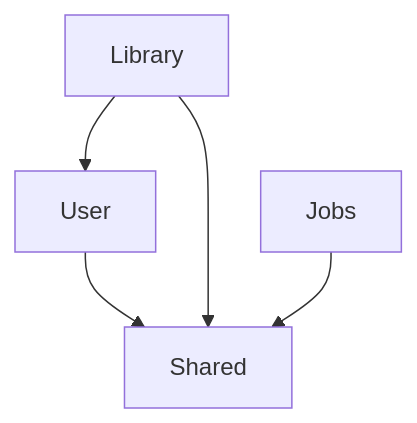
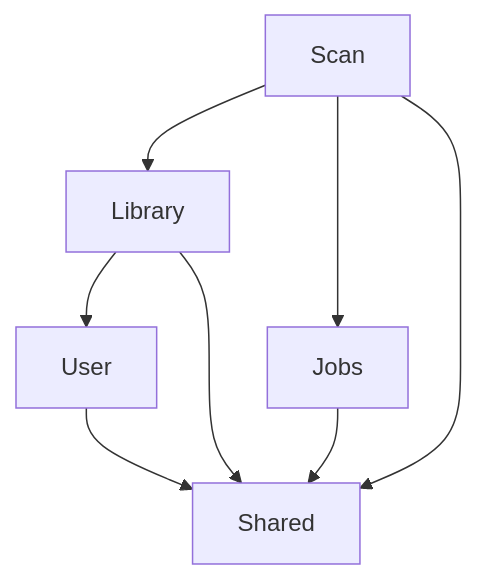
Before and after one commit to kisima0225/MyMedia: the diagram in README.md, drawn with Mermaid. The commit also changed other lines of this file and 8 other files, not shown here.

````diff
--- a/README.md
+++ b/README.md
@@ -57,11 +57,15 @@
 ```mermaid
 flowchart TD
     user[User]
     library[Library]
     jobs[Jobs]
+    scan[Scan]
     shared[Shared]
     user --> shared
     library --> shared
     library --> user
     jobs --> shared
+    scan --> shared
+    scan --> library
+    scan --> jobs
 ```
````
